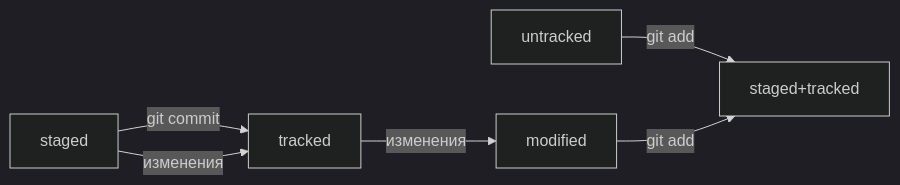
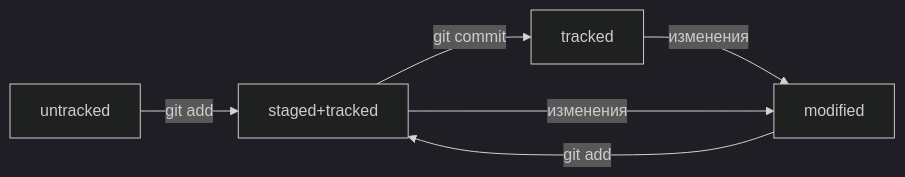
One commit to Belorad/first-case changed the diagram in README.md. Above: the diagram before and after it, drawn with Mermaid (dark theme).

Commit message:
Улучшить mermaid-схему в файле README

````diff
--- a/README.md
+++ b/README.md
@@ -7,9 +7,9 @@
 ```mermaid
 %% схема изменения статусов файлов в Git
 graph LR;
-  untracked -- "git add"    --> staged+tracked;
-  staged    -- "git commit" --> tracked;
-  tracked   -- "изменения"  --> modified;
-  modified  -- "git add"    --> staged+tracked;
-  staged    -- "изменения"  --> tracked;
+  untracked      -- "git add"    --> staged+tracked;
+  staged+tracked -- "git commit" --> tracked;
+  tracked        -- "изменения"  --> modified;
+  modified       -- "git add"    --> staged+tracked;
+  staged+tracked -- "изменения"  --> modified;
 ``` 
````
